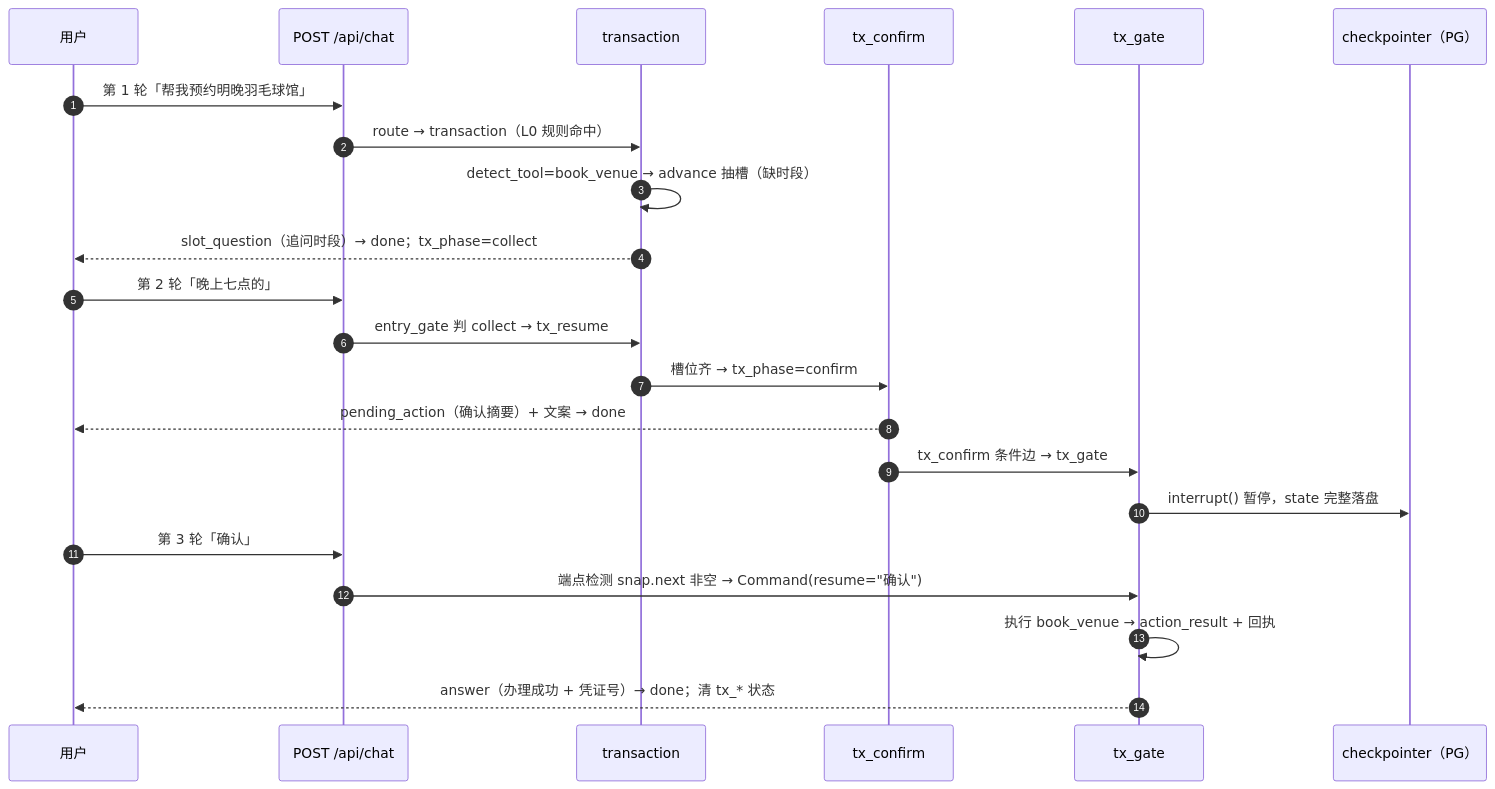
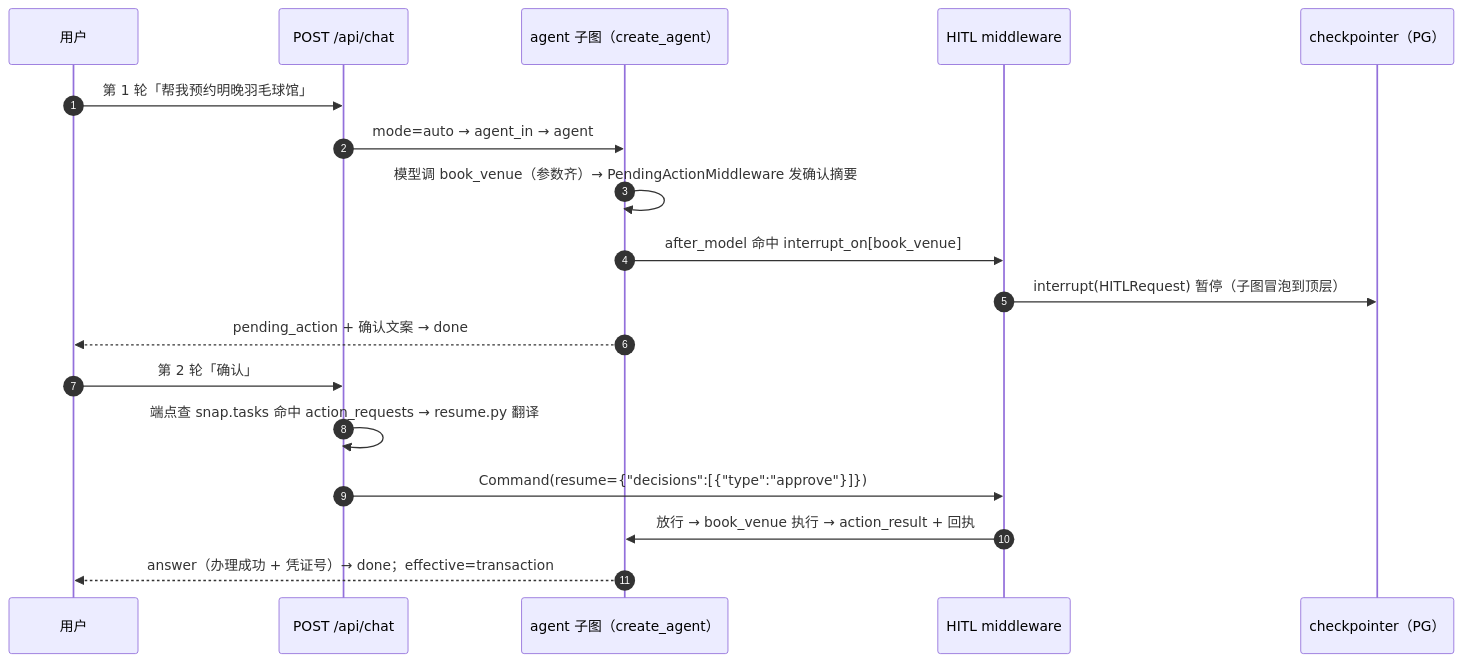
Before and after one commit to Thekshy/gewu: the second of 2 diagrams in docs/architecture/02-orchestration-graph.md, drawn with Mermaid. The commit also changed other lines of this file and 33 other files, not shown here.

````diff
--- a/docs/architecture/02-orchestration-graph.md
+++ b/docs/architecture/02-orchestration-graph.md
@@ -180,25 +129,21 @@
 ```mermaid
 sequenceDiagram
     autonumber
     participant U as 用户
     participant A as POST /api/chat
-    participant TX as transaction
-    participant CF as tx_confirm
-    participant GT as tx_gate
+    participant S as agent 子图（create_agent）
+    participant H as HITL middleware
     participant CP as checkpointer（PG）
 
     U->>A: 第 1 轮「帮我预约明晚羽毛球馆」
-    A->>TX: route → transaction（L0 规则命中）
-    TX->>TX: detect_tool=book_venue → advance 抽槽（缺时段）
-    TX-->>U: slot_question（追问时段）→ done；tx_phase=collect
-    U->>A: 第 2 轮「晚上七点的」
-    A->>TX: entry_gate 判 collect → tx_resume
-    TX->>CF: 槽位齐 → tx_phase=confirm
-    CF-->>U: pending_action（确认摘要）+ 文案 → done
-    CF->>GT: tx_confirm 条件边 → tx_gate
-    GT->>CP: interrupt() 暂停，state 完整落盘
-    U->>A: 第 3 轮「确认」
-    A->>GT: 端点检测 snap.next 非空 → Command(resume="确认")
-    GT->>GT: 执行 book_venue → action_result + 回执
-    GT-->>U: answer（办理成功 + 凭证号）→ done；清 tx_* 状态
+    A->>S: mode=auto → agent_in → agent
+    S->>S: 模型调 book_venue（参数齐）→ PendingActionMiddleware 发确认摘要
+    S->>H: after_model 命中 interrupt_on[book_venue]
+    H->>CP: interrupt(HITLRequest) 暂停（子图冒泡到顶层）
+    S-->>U: pending_action + 确认文案 → done
+    U->>A: 第 2 轮「确认」
+    A->>A: 端点查 snap.tasks 命中 action_requests → resume.py 翻译
+    A->>H: Command(resume={"decisions":[{"type":"approve"}]})
+    H->>S: 放行 → book_venue 执行 → action_result + 回执
+    S-->>U: answer（办理成功 + 凭证号）→ done；effective=transaction
 ```
````
